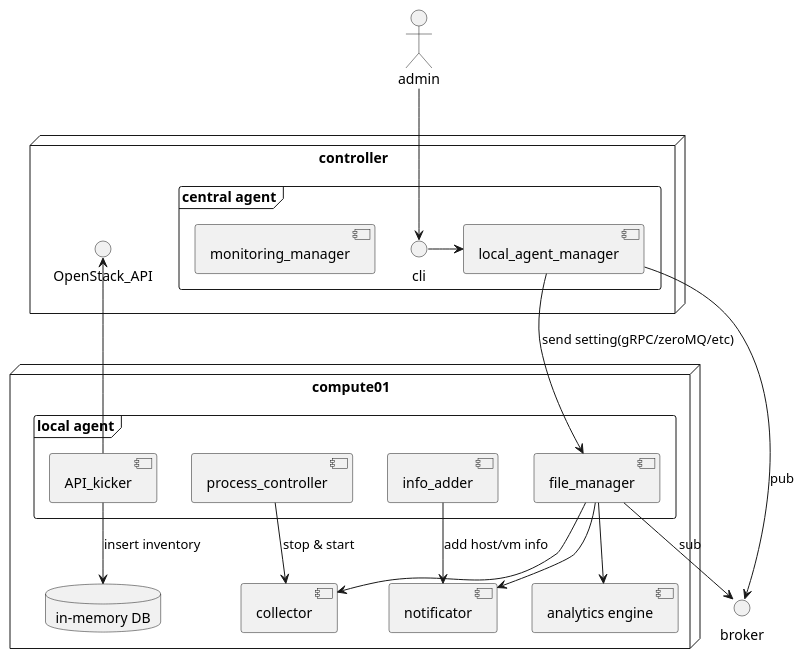
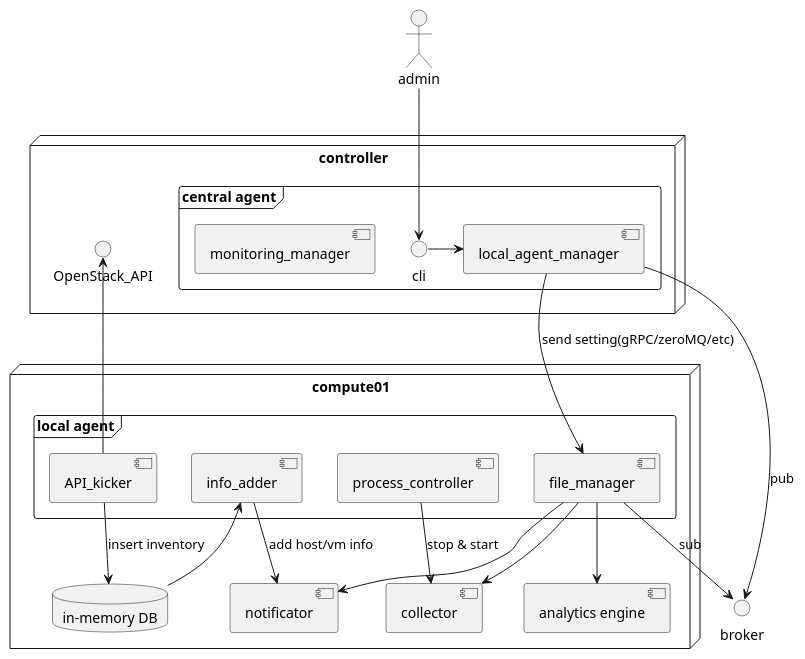
Before and after one commit to distributed-monitoring/agent: the diagram in doc/agent_component.md, drawn with PlantUML.

Commit message:
Add path from cacheDB to info_adder

````diff
--- a/doc/agent_component.md
+++ b/doc/agent_component.md
@@ -1,36 +1,37 @@
 ```uml
 @startuml
 actor admin
 
 node "controller" {
   frame "central agent" {
     admin --> ()cli
     ()cli -> [local_agent_manager]
     [monitoring_manager]
   }
   () OpenStack_API
 }
 
 [local_agent_manager] ---> ()broker : pub
 
 node "compute01"{
   frame "local agent" {
-    [file_manager]
-    [process_controller]
     [API_kicker]
     [info_adder]
+    [process_controller]
+    [file_manager]
   }
   [local_agent_manager] --> [file_manager] : send setting(gRPC/zeroMQ/etc)
   [file_manager] -> ()broker : sub
   [file_manager] --> [collector]
   [process_controller] --> [collector] : stop & start
   [file_manager] --> [notificator]
   [file_manager] --> [analytics engine]
   database "in-memory DB"
   [API_kicker] --> () OpenStack_API
   [API_kicker] --> [in-memory DB] : insert inventory
+  [in-memory DB] -> [info_adder]
   [info_adder] --> [notificator] : add host/vm info
 }
 
 @enduml
 ```
````
